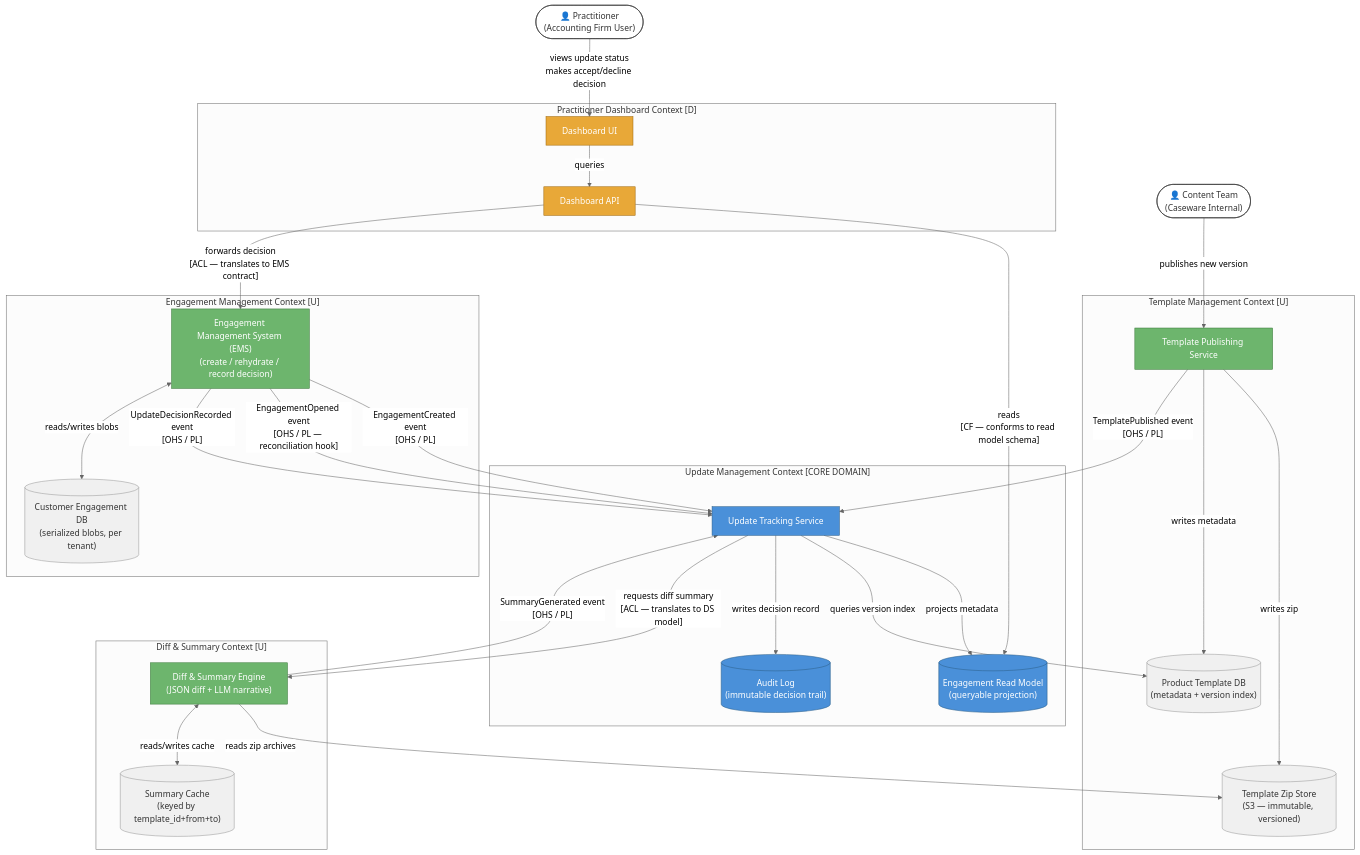
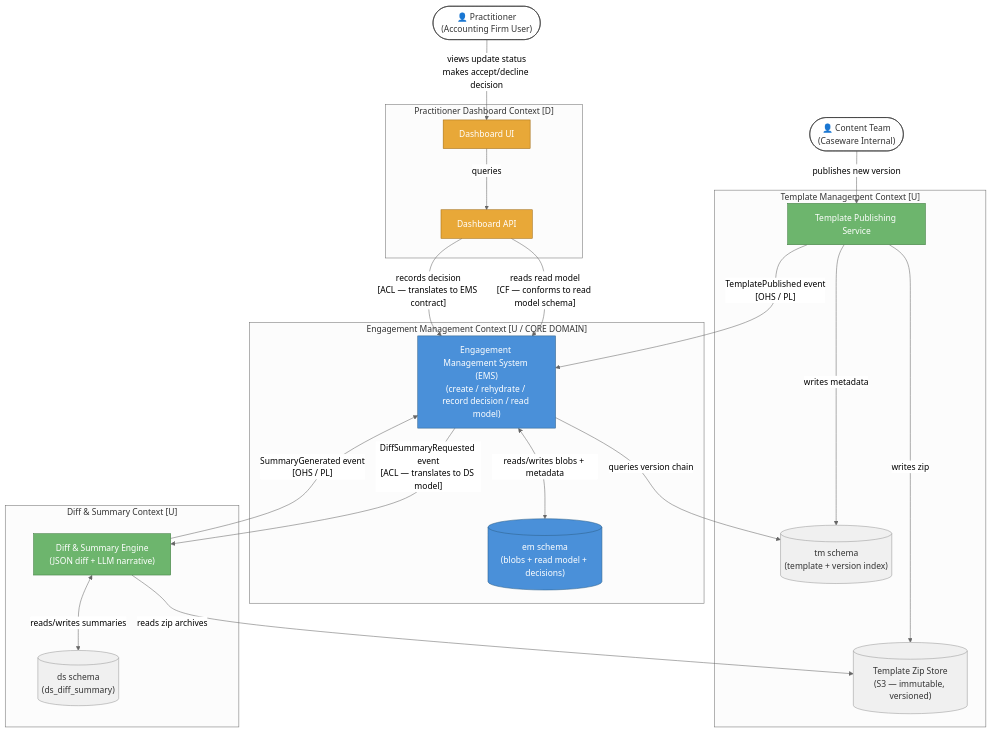
Before and after one commit to jose-foronda/caseware_test_2026_09: the diagram in architecture/context-map.md, drawn with Mermaid (neutral theme). The commit also changed other lines of this file and 2 other files, not shown here.

Commit message:
refining domain model knowledge

````diff
--- a/architecture/context-map.md
+++ b/architecture/context-map.md
@@ -26,80 +26,69 @@
 ```mermaid
 graph TD
 
-    %% ─── External Actors ───────────────────────────────────────────────
+    %% ─── External Actors ────────────────────────────────────────────────
     ContentTeam(["👤 Content Team\n(Caseware Internal)"])
     Practitioner(["👤 Practitioner\n(Accounting Firm User)"])
 
-    %% ─── Bounded Contexts ──────────────────────────────────────────────
+    %% ─── Bounded Contexts ───────────────────────────────────────────────
 
     subgraph TM["Template Management Context [U]"]
         TPS["Template Publishing Service"]
-        TemplateDB[("Product Template DB\n(metadata + version index)")]
+        TemplateDB[("tm schema\n(template + version index)")]
         TemplateS3[("Template Zip Store\n(S3 — immutable, versioned)")]
     end
 
-    subgraph EM["Engagement Management Context [U]"]
-        EMS["Engagement Management System (EMS)\n(create / rehydrate / record decision)"]
-        EngagementDB[("Customer Engagement DB\n(serialized blobs, per tenant)")]
-    end
-
-    subgraph UM["Update Management Context [CORE DOMAIN]"]
-        UpdateSvc["Update Tracking Service"]
-        ReadModel[("Engagement Read Model\n(queryable projection)")]
-        AuditLog[("Audit Log\n(immutable decision trail)")]
+    subgraph EM["Engagement Management Context [U / CORE DOMAIN]"]
+        EMS["Engagement Management System (EMS)\n(create / rehydrate / record decision / read model)"]
+        EngagementDB[("em schema\n(blobs + read model + decisions)")]
     end
 
     subgraph DS["Diff & Summary Context [U]"]
         DiffEngine["Diff & Summary Engine\n(JSON diff + LLM narrative)"]
-        SummaryCache[("Summary Cache\n(keyed by template_id+from+to)")]
+        SummaryStore[("ds schema\n(ds_diff_summary)")]
     end
 
     subgraph Dashboard["Practitioner Dashboard Context [D]"]
         DashboardAPI["Dashboard API"]
         DashboardUI["Dashboard UI"]
     end
 
-    %% ─── Relationships ──────────────────────────────────────────────────
+    %% ─── Relationships ───────────────────────────────────────────────────
 
     %% Content team publishes templates
     ContentTeam -->|"publishes new version"| TPS
     TPS -->|"writes zip"| TemplateS3
     TPS -->|"writes metadata"| TemplateDB
-    TPS -->|"TemplatePublished event\n[OHS / PL]"| UpdateSvc
+    TPS -->|"TemplatePublished event\n[OHS / PL]"| EMS
 
-    %% EMS is upstream to Update Management
-    EMS -->|"EngagementCreated event\n[OHS / PL]"| UpdateSvc
-    EMS -->|"EngagementOpened event\n[OHS / PL — reconciliation hook]"| UpdateSvc
-    EMS -->|"UpdateDecisionRecorded event\n[OHS / PL]"| UpdateSvc
-    EMS <-->|"reads/writes blobs"| EngagementDB
+    %% EMS owns engagement lifecycle and read model
+    EMS <-->|"reads/writes blobs + metadata"| EngagementDB
+    EMS -->|"queries version chain"| TemplateDB
 
-    %% Update Management consumes events and maintains read model
-    UpdateSvc -->|"projects metadata"| ReadModel
-    UpdateSvc -->|"queries version index"| TemplateDB
-    UpdateSvc -->|"writes decision record"| AuditLog
-    UpdateSvc -->|"requests diff summary\n[ACL — translates to DS model]"| DiffEngine
+    %% EMS requests diff summaries
+    EMS -->|"DiffSummaryRequested event\n[ACL — translates to DS model]"| DiffEngine
 
-    %% Diff & Summary is upstream to Update Management
+    %% Diff & Summary is upstream to EMS
     DiffEngine -->|"reads zip archives"| TemplateS3
-    DiffEngine -->|"SummaryGenerated event\n[OHS / PL]"| UpdateSvc
-    DiffEngine <-->|"reads/writes cache"| SummaryCache
+    DiffEngine -->|"SummaryGenerated event\n[OHS / PL]"| EMS
+    DiffEngine <-->|"reads/writes summaries"| SummaryStore
 
     %% Practitioner interacts with Dashboard
     Practitioner -->|"views update status\nmakes accept/decline decision"| DashboardUI
     DashboardUI -->|"queries"| DashboardAPI
-    DashboardAPI -->|"reads\n[CF — conforms to read model schema]"| ReadModel
-    DashboardAPI -->|"forwards decision\n[ACL — translates to EMS contract]"| EMS
+    DashboardAPI -->|"reads read model\n[CF — conforms to read model schema]"| EMS
+    DashboardAPI -->|"records decision\n[ACL — translates to EMS contract]"| EMS
 
-    %% ─── Styles ─────────────────────────────────────────────────────────
+    %% ─── Styles ──────────────────────────────────────────────────────────
     classDef core        fill:#4a90d9,stroke:#2c5f8a,color:#fff
     classDef upstream    fill:#6db56d,stroke:#3d7a3d,color:#fff
     classDef downstream  fill:#e8a838,stroke:#a06a10,color:#fff
     classDef store       fill:#f0f0f0,stroke:#999,color:#333
     classDef actor       fill:#fff,stroke:#333,color:#333
 
-    class UpdateSvc,ReadModel,AuditLog core
-    class TPS,EMS,DiffEngine upstream
+    class EMS,EngagementDB core
+    class TPS,DiffEngine upstream
     class DashboardAPI,DashboardUI downstream
-    class TemplateDB,TemplateS3,EngagementDB,SummaryCache store
+    class TemplateDB,TemplateS3,SummaryStore store
     class ContentTeam,Practitioner actor
 ```
````
